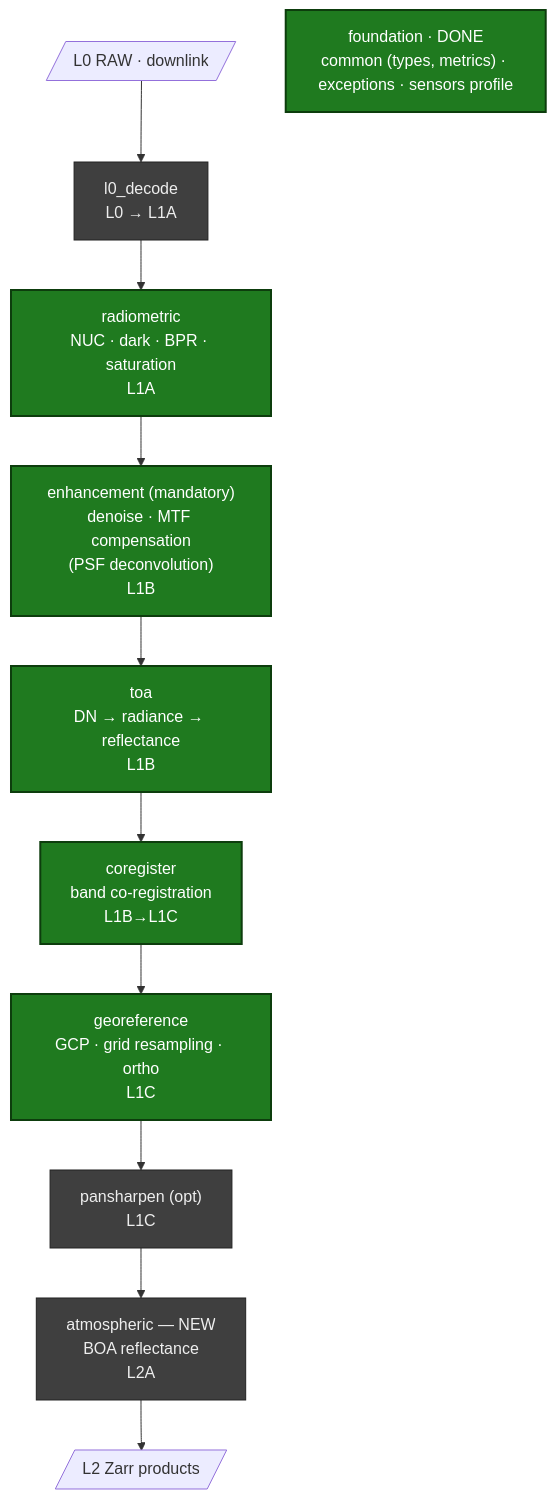
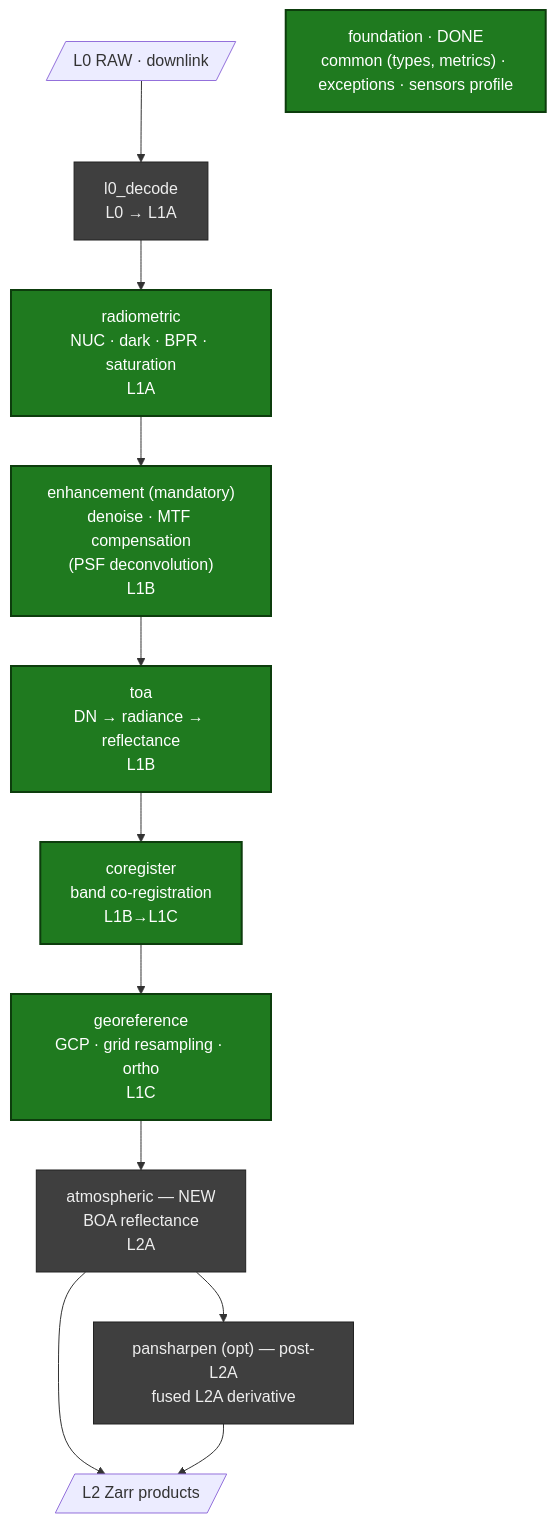
One commit to AstroCan17/msi-processor changed the diagram in README.md. Above: the diagram before and after it, drawn with Mermaid. The commit also changed other lines of this file and 3 other files, not shown here.

First line of the commit message:
change(cr4): relocate pan-sharpening to optional post-L2A derivative (after AC)

````diff
--- a/README.md
+++ b/README.md
@@ -30,17 +30,18 @@
 ```mermaid
 flowchart TD
     RAW[/"L0 RAW · downlink"/] --> L0["l0_decode<br/>L0 → L1A"]:::todo
     L0 --> RAD["radiometric<br/>NUC · dark · BPR · saturation<br/>L1A"]:::done
     RAD --> ENH["enhancement (mandatory)<br/>denoise · MTF compensation<br/>(PSF deconvolution)<br/>L1B"]:::done
     ENH --> TOA["toa<br/>DN → radiance → reflectance<br/>L1B"]:::done
     TOA --> COR["coregister<br/>band co-registration<br/>L1B→L1C"]:::done
     COR --> GEO["georeference<br/>GCP · grid resampling · ortho<br/>L1C"]:::done
-    GEO --> PAN["pansharpen (opt)<br/>L1C"]:::todo
-    PAN --> ATM["atmospheric — NEW<br/>BOA reflectance<br/>L2A"]:::todo
+    GEO --> ATM["atmospheric — NEW<br/>BOA reflectance<br/>L2A"]:::todo
     ATM --> PRD[/"L2 Zarr products"/]
+    ATM --> PAN["pansharpen (opt) — post-L2A<br/>fused L2A derivative"]:::todo
+    PAN --> PRD
 
     FOUND["foundation · DONE<br/>common (types, metrics) · exceptions · sensors profile"]:::done
 
     classDef done fill:#1f7a1f,color:#fff,stroke:#0d3d0d,stroke-width:2px;
     classDef todo fill:#3f3f3f,color:#eee,stroke:#222;
 ```
````
